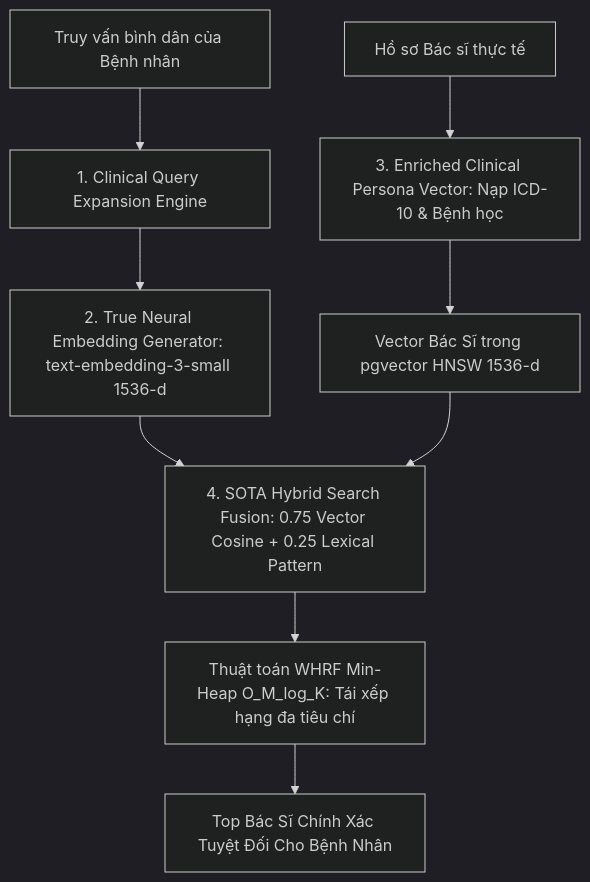
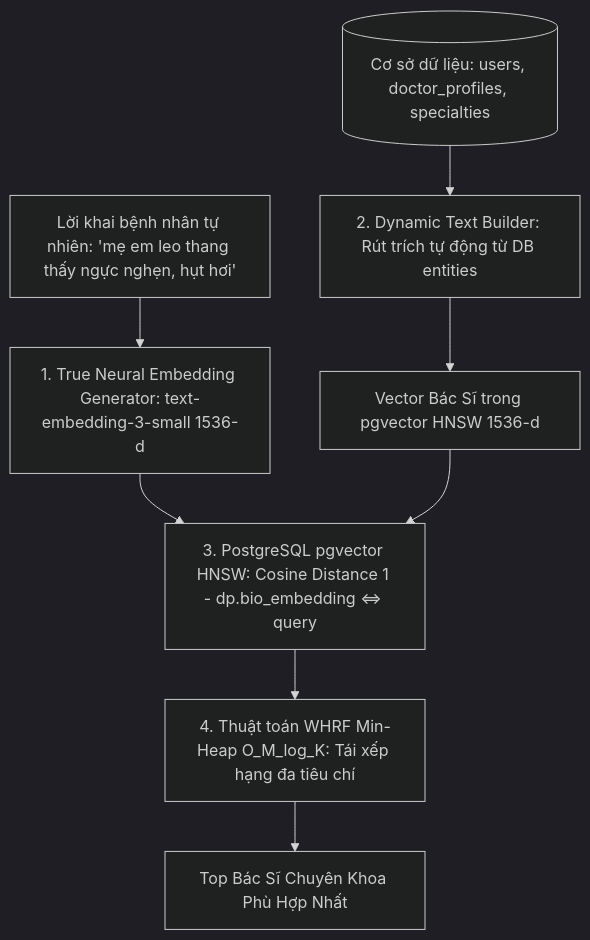
The third of 3 diagrams in docs/ENTERPRISE_ALGORITHMS_AND_RESILIENCE.md (vinhhotff/KLTN-medical-assistant), drawn with Mermaid (dark theme) before and after one commit. The commit also changed other lines of this file and 4 other files, not shown here.

First line of the commit message:
refactor(vector): eliminate hardcoded if-else keyword expansion in favor of pure neural vector search

````diff
--- a/docs/ENTERPRISE_ALGORITHMS_AND_RESILIENCE.md
+++ b/docs/ENTERPRISE_ALGORITHMS_AND_RESILIENCE.md
@@ -258,13 +258,12 @@
 ```mermaid
 graph TD
-    UserQuery[Truy vấn bình dân của Bệnh nhân] --> QE[1. Clinical Query Expansion Engine]
-    QE --> Embed[2. True Neural Embedding Generator: text-embedding-3-small 1536-d]
+    UserQuery[Lời khai bệnh nhân tự nhiên: 'mẹ em leo thang thấy ngực nghẹn, hụt hơi'] --> Embed[1. True Neural Embedding Generator: text-embedding-3-small 1536-d]
     
-    DoctorBio[Hồ sơ Bác sĩ thực tế] --> Enrich[3. Enriched Clinical Persona Vector: Nạp ICD-10 & Bệnh học]
-    Enrich --> DocEmbed[Vector Bác Sĩ trong pgvector HNSW 1536-d]
+    DBEntities[(Cơ sở dữ liệu: users, doctor_profiles, specialties)] --> DynText[2. Dynamic Text Builder: Rút trích tự động từ DB entities]
+    DynText --> DocEmbed[Vector Bác Sĩ trong pgvector HNSW 1536-d]
     
-    Embed --> Hybrid[4. SOTA Hybrid Search Fusion: 0.75 Vector Cosine + 0.25 Lexical Pattern]
-    DocEmbed --> Hybrid
-    Hybrid --> WHRF[Thuật toán WHRF Min-Heap O_M_log_K: Tái xếp hạng đa tiêu chí]
-    WHRF --> TopDoc[Top Bác Sĩ Chính Xác Tuyệt Đối Cho Bệnh Nhân]
+    Embed --> PgVector[3. PostgreSQL pgvector HNSW: Cosine Distance 1 - dp.bio_embedding <=> query]
+    DocEmbed --> PgVector
+    PgVector --> WHRF[4. Thuật toán WHRF Min-Heap O_M_log_K: Tái xếp hạng đa tiêu chí]
+    WHRF --> TopDoc[Top Bác Sĩ Chuyên Khoa Phù Hợp Nhất]
 ```
````
